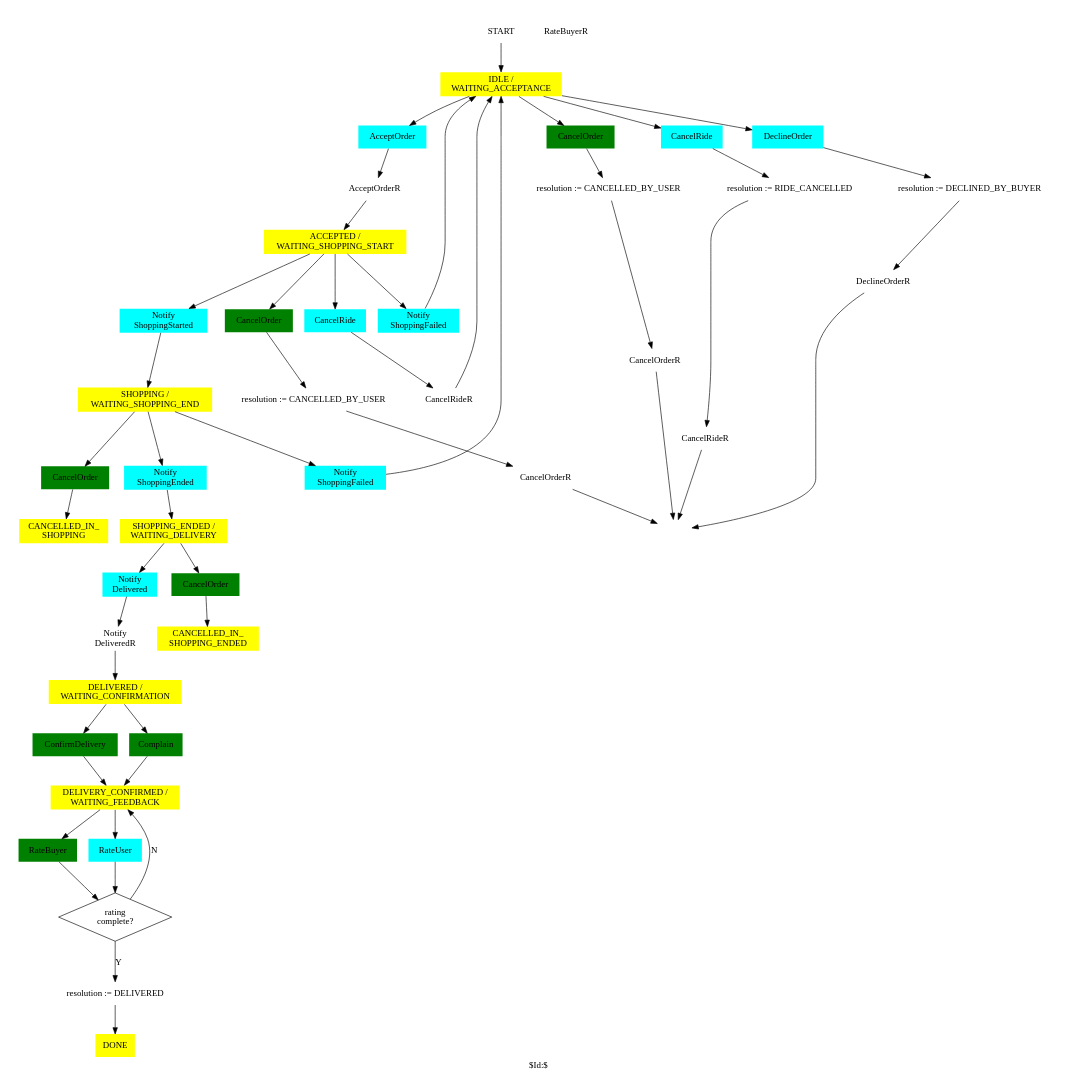
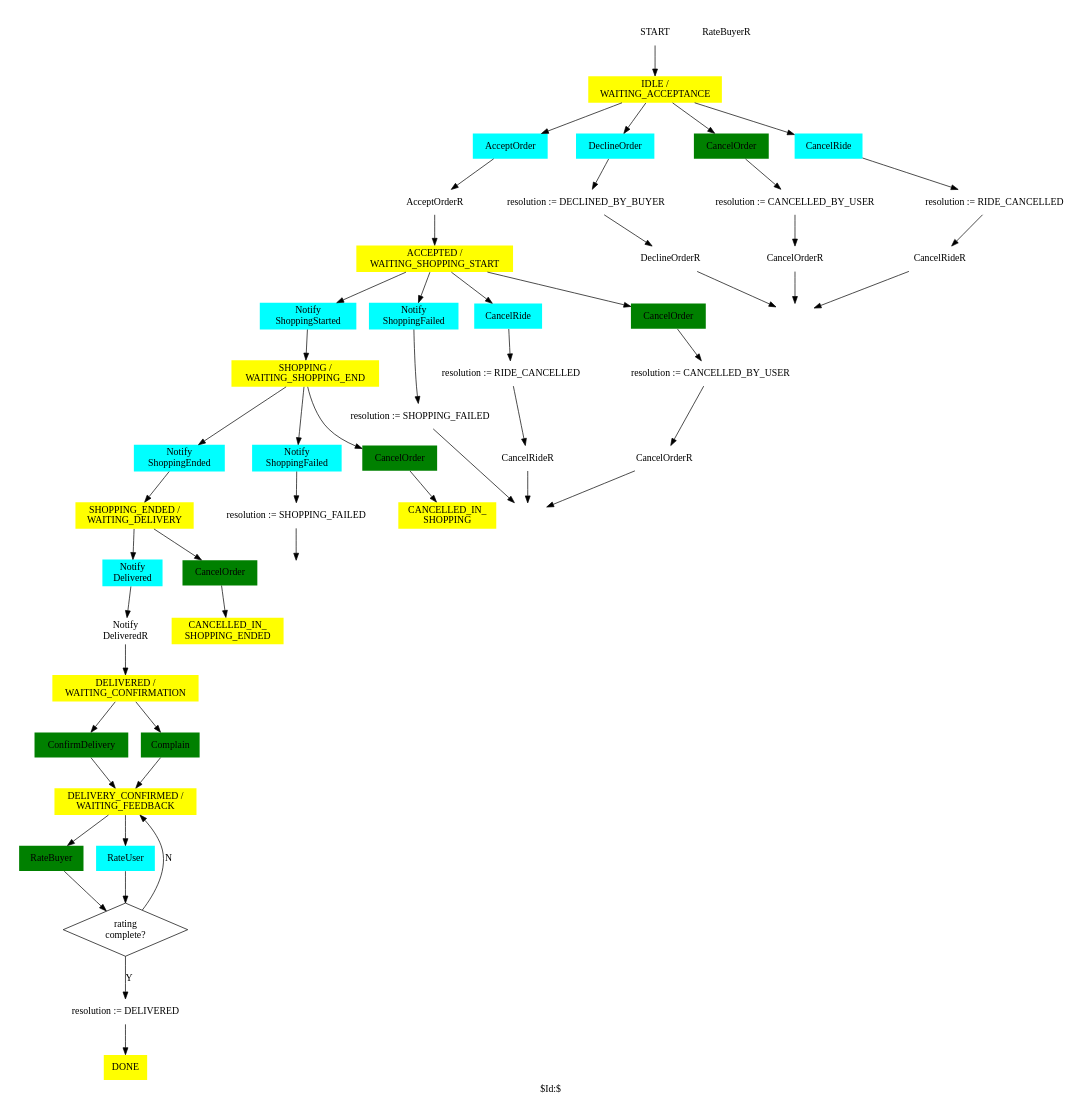
One commit to trodevel/lieferbay_protocol changed the diagram in docs/Order.gv. Above: the diagram before and after it, drawn with Graphviz.

Commit message:
DOC: intermediate results

```diff
--- a/docs/Order.gv
+++ b/docs/Order.gv
@@ -1,126 +1,129 @@
 # Order FSM.
 #
 # Copyright (C) 2019 Sergey Kolevatov
 #
 # This program is free software: you can redistribute it and/or modify
 # it under the terms of the GNU General Public License as published by
 # the Free Software Foundation, either version 3 of the License, or
 # (at your option) any later version.
 #
 # This program is distributed in the hope that it will be useful,
 # but WITHOUT ANY WARRANTY; without even the implied warranty of
 # MERCHANTABILITY or FITNESS FOR A PARTICULAR PURPOSE. See the
 # GNU General Public License for more details.
 #
 # You should have received a copy of the GNU General Public License
 # along with this program. If not, see <http://www.gnu.org/licenses/>.
 #
 # SKV 19a31
 #
 # $Id:$
 #
 # execute: FL=Order; dot -l sdl.ps -Tps $FL.gv -o $FL.ps; ps2pdf $FL.ps $FL.pdf
 
 digraph Order
 {
 
 label="$Id:$";
 
 size="7,7";
 ratio=fill;
 splines=true;
 node [peripheries=0 style=filled fillcolor=white]
 
 ######################################################
 # states
 
 START                           [ shape = sdl_start ]
 WAITING_ACCEPTANCE              [ label = "IDLE /\nWAITING_ACCEPTANCE"            shape = sdl_state fillcolor=yellow ]
 ACCEPTED_WAITING_SHOPPING_START [ label = "ACCEPTED /\nWAITING_SHOPPING_START"    shape = sdl_state fillcolor=yellow ]
 SHOPPING_WAITING_SHOPPING_END   [ label = "SHOPPING /\nWAITING_SHOPPING_END"      shape = sdl_state fillcolor=yellow ]
 CANCELLED_IN_SHOPPING           [ label = "CANCELLED_IN_\nSHOPPING"               shape = sdl_state fillcolor=yellow ]
 SHOPPING_ENDED_WAITING_DELIVERY [ label = "SHOPPING_ENDED /\nWAITING_DELIVERY"    shape = sdl_state fillcolor=yellow ]
 CANCELLED_IN_SHOPPING_ENDED     [ label = "CANCELLED_IN_\nSHOPPING_ENDED"         shape = sdl_state fillcolor=yellow ]
 DELIVERED_WAITING_CONFIRMATION  [ label = "DELIVERED /\nWAITING_CONFIRMATION"     shape = sdl_state fillcolor=yellow ]
 DELIVERY_CONFIRMED_WAITING_FEEDBACK      [ label = "DELIVERY_CONFIRMED /\nWAITING_FEEDBACK"         shape = sdl_state fillcolor=yellow ]
 END                             [ label = ""                              shape = sdl_stop  style=solid ]
 DONE                            [ label = "DONE"                                  shape = sdl_state fillcolor=yellow ]
 
 ######################################################
 # actions
 
 WAITING_ACCEPTANCE__ACCEPT_ORDER            [ label="AcceptOrder"                       shape = sdl_input_from_right fillcolor=cyan ]
 WAITING_ACCEPTANCE__SEND_ACCEPT_ORDER       [ label="AcceptOrderR"                      shape = sdl_output_to_right ]
 WAITING_ACCEPTANCE__DECLINE_ORDER           [ label="DeclineOrder"                      shape = sdl_input_from_right fillcolor=cyan ]
 WAITING_ACCEPTANCE__SEND_DECLINE_ORDER      [ label="DeclineOrderR"                     shape = sdl_output_to_right ]
 WAITING_ACCEPTANCE__CANCEL_ORDER            [ label="CancelOrder"                       shape = sdl_input_from_left  fillcolor=green ]
 WAITING_ACCEPTANCE__SEND_CANCEL_ORDER       [ label="CancelOrderR"                      shape = sdl_output_to_left ]
 WAITING_ACCEPTANCE__CANCEL_RIDE             [ label="CancelRide"                        shape = sdl_input_from_right fillcolor=cyan ]
 WAITING_ACCEPTANCE__SEND_CANCEL_RIDE        [ label="CancelRideR"                       shape = sdl_output_to_right ]
 WAITING_ACCEPTANCE__RESOL_1                 [ label="resolution := CANCELLED_BY_USER"   shape = sdl_task ]
 WAITING_ACCEPTANCE__RESOL_2                 [ label="resolution := DECLINED_BY_BUYER" shape = sdl_task ]
 WAITING_ACCEPTANCE__RESOL_3                 [ label="resolution := RIDE_CANCELLED"      shape = sdl_task ]
 
 ACCEPTED_WAITING_SHOPPING_START__SHOPPING_STARTED [ label="Notify\nShoppingStarted"           shape = sdl_input_from_right fillcolor=cyan ]
 ACCEPTED_WAITING_SHOPPING_START__SHOPPING_FAILED  [ label="Notify\nShoppingFailed"            shape = sdl_input_from_right fillcolor=cyan ]
 ACCEPTED_WAITING_SHOPPING_START__CANCEL_RIDE      [ label="CancelRide"                        shape = sdl_input_from_right fillcolor=cyan ]
 ACCEPTED_WAITING_SHOPPING_START__SEND_CANCEL_RIDE [ label="CancelRideR"                       shape = sdl_output_to_right ]
 ACCEPTED_WAITING_SHOPPING_START__CANCEL_ORDER     [ label="CancelOrder"                       shape = sdl_input_from_left  fillcolor=green ]
 ACCEPTED_WAITING_SHOPPING_START__SEND_CANCEL_ORDER    [ label="CancelOrderR"                  shape = sdl_output_to_left ]
 #ACCEPTED_WAITING_SHOPPING_START__CANCEL_ORDER_2   [ label="CancelOrder"                       shape = sdl_input_from_right fillcolor=cyan ]
 #ACCEPTED_WAITING_SHOPPING_START__SEND_CANCEL_ORDER_2  [ label="CancelOrderR"                  shape = sdl_output_to_right ]
-#ACCEPTED_WAITING_SHOPPING_START__RESOL_1          [ label="resolution := RIDE_CANCELLED"      shape = sdl_task ]
+ACCEPTED_WAITING_SHOPPING_START__RESOL_1          [ label="resolution := RIDE_CANCELLED"      shape = sdl_task ]
 ACCEPTED_WAITING_SHOPPING_START__RESOL_2          [ label="resolution := CANCELLED_BY_USER"   shape = sdl_task ]
-#ACCEPTED_WAITING_SHOPPING_START__RESOL_3          [ label="resolution := CANCELLED_BY_BUYER" shape = sdl_task ]
+ACCEPTED_WAITING_SHOPPING_START__RESOL_3          [ label="resolution := SHOPPING_FAILED"     shape = sdl_task ]
+ACCEPTED_WAITING_SHOPPING_START__END              [ label = ""                                shape = sdl_stop  style=solid ]
 
 
 SHOPPING_WAITING_SHOPPING_END__SHOPPING_ENDED     [ label="Notify\nShoppingEnded"             shape = sdl_input_from_right fillcolor=cyan ]
 SHOPPING_WAITING_SHOPPING_END__SHOPPING_FAILED    [ label="Notify\nShoppingFailed"            shape = sdl_input_from_right fillcolor=cyan ]
 SHOPPING_WAITING_SHOPPING_END__CANCEL_ORDER       [ label="CancelOrder"                       shape = sdl_input_from_left  fillcolor=green ]
+SHOPPING_WAITING_SHOPPING_END__RESOL_3            [ label="resolution := SHOPPING_FAILED"     shape = sdl_task ]
+SHOPPING_WAITING_SHOPPING_END__END                [ label = ""                                shape = sdl_stop  style=solid ]
 
 SHOPPING_ENDED_WAITING_DELIVERY__DELIVERED        [ label="Notify\nDelivered"                 shape = sdl_input_from_right fillcolor=cyan ]
 SHOPPING_ENDED_WAITING_DELIVERY__CANCEL_ORDER     [ label="CancelOrder"                       shape = sdl_input_from_left  fillcolor=green ]
 SHOPPING_ENDED_WAITING_DELIVERY__SEND_DELIVERED   [ label="Notify\nDeliveredR"                shape = sdl_output_to_right ]
 
 DELIVERED_WAITING_CONFIRMATION__CONFIRM           [ label="ConfirmDelivery"                   shape = sdl_input_from_left  fillcolor=green ]
 DELIVERED_WAITING_CONFIRMATION__COMPLAIN          [ label="Complain"                          shape = sdl_input_from_left  fillcolor=green ]
 
 DELIVERY_CONFIRMED_WAITING_FEEDBACK__RATE_BUYER    [ label="RateBuyer"                        shape = sdl_input_from_left  fillcolor=green ]
 DELIVERY_CONFIRMED_WAITING_FEEDBACK__SEND_RATE_BUYER    [ label="RateBuyerR"                  shape = sdl_output_to_left ]
 DELIVERY_CONFIRMED_WAITING_FEEDBACK__RATE_USER     [ label="RateUser"                         shape = sdl_input_from_right fillcolor=cyan ]
 DELIVERY_CONFIRMED_WAITING_FEEDBACK__RATING_COMPLETE [ label="rating\ncomplete?"              shape = diamond peripheries=1]
 DELIVERY_CONFIRMED_WAITING_FEEDBACK__RESOL_1         [ label="resolution := DELIVERED"        shape = sdl_task ]
 
 ######################################################
 # transitions
 
 START -> WAITING_ACCEPTANCE
 
 WAITING_ACCEPTANCE -> WAITING_ACCEPTANCE__ACCEPT_ORDER   -> WAITING_ACCEPTANCE__SEND_ACCEPT_ORDER -> ACCEPTED_WAITING_SHOPPING_START
 WAITING_ACCEPTANCE -> WAITING_ACCEPTANCE__CANCEL_ORDER   -> WAITING_ACCEPTANCE__RESOL_1 -> WAITING_ACCEPTANCE__SEND_CANCEL_ORDER  -> END
 WAITING_ACCEPTANCE -> WAITING_ACCEPTANCE__DECLINE_ORDER  -> WAITING_ACCEPTANCE__RESOL_2 -> WAITING_ACCEPTANCE__SEND_DECLINE_ORDER -> END
 WAITING_ACCEPTANCE -> WAITING_ACCEPTANCE__CANCEL_RIDE    -> WAITING_ACCEPTANCE__RESOL_3 -> WAITING_ACCEPTANCE__SEND_CANCEL_RIDE   -> END
 
-ACCEPTED_WAITING_SHOPPING_START -> ACCEPTED_WAITING_SHOPPING_START__CANCEL_RIDE    -> ACCEPTED_WAITING_SHOPPING_START__SEND_CANCEL_RIDE    -> WAITING_ACCEPTANCE
-ACCEPTED_WAITING_SHOPPING_START -> ACCEPTED_WAITING_SHOPPING_START__CANCEL_ORDER   -> ACCEPTED_WAITING_SHOPPING_START__RESOL_2 -> ACCEPTED_WAITING_SHOPPING_START__SEND_CANCEL_ORDER   -> END
+ACCEPTED_WAITING_SHOPPING_START -> ACCEPTED_WAITING_SHOPPING_START__CANCEL_RIDE    -> ACCEPTED_WAITING_SHOPPING_START__RESOL_1 -> ACCEPTED_WAITING_SHOPPING_START__SEND_CANCEL_RIDE    -> ACCEPTED_WAITING_SHOPPING_START__END
+ACCEPTED_WAITING_SHOPPING_START -> ACCEPTED_WAITING_SHOPPING_START__CANCEL_ORDER   -> ACCEPTED_WAITING_SHOPPING_START__RESOL_2 -> ACCEPTED_WAITING_SHOPPING_START__SEND_CANCEL_ORDER   -> ACCEPTED_WAITING_SHOPPING_START__END
 
 ACCEPTED_WAITING_SHOPPING_START -> ACCEPTED_WAITING_SHOPPING_START__SHOPPING_STARTED -> SHOPPING_WAITING_SHOPPING_END
-ACCEPTED_WAITING_SHOPPING_START -> ACCEPTED_WAITING_SHOPPING_START__SHOPPING_FAILED      -> WAITING_ACCEPTANCE
+ACCEPTED_WAITING_SHOPPING_START -> ACCEPTED_WAITING_SHOPPING_START__SHOPPING_FAILED  -> ACCEPTED_WAITING_SHOPPING_START__RESOL_3 -> ACCEPTED_WAITING_SHOPPING_START__END
 
 SHOPPING_WAITING_SHOPPING_END -> SHOPPING_WAITING_SHOPPING_END__SHOPPING_ENDED  -> SHOPPING_ENDED_WAITING_DELIVERY
-SHOPPING_WAITING_SHOPPING_END -> SHOPPING_WAITING_SHOPPING_END__SHOPPING_FAILED -> WAITING_ACCEPTANCE
+SHOPPING_WAITING_SHOPPING_END -> SHOPPING_WAITING_SHOPPING_END__SHOPPING_FAILED -> SHOPPING_WAITING_SHOPPING_END__RESOL_3 -> SHOPPING_WAITING_SHOPPING_END__END
 SHOPPING_WAITING_SHOPPING_END -> SHOPPING_WAITING_SHOPPING_END__CANCEL_ORDER    -> CANCELLED_IN_SHOPPING
 
 SHOPPING_ENDED_WAITING_DELIVERY -> SHOPPING_ENDED_WAITING_DELIVERY__DELIVERED      -> SHOPPING_ENDED_WAITING_DELIVERY__SEND_DELIVERED -> DELIVERED_WAITING_CONFIRMATION
 SHOPPING_ENDED_WAITING_DELIVERY -> SHOPPING_ENDED_WAITING_DELIVERY__CANCEL_ORDER   -> CANCELLED_IN_SHOPPING_ENDED
 
 DELIVERED_WAITING_CONFIRMATION -> DELIVERED_WAITING_CONFIRMATION__CONFIRM  -> DELIVERY_CONFIRMED_WAITING_FEEDBACK
 DELIVERED_WAITING_CONFIRMATION -> DELIVERED_WAITING_CONFIRMATION__COMPLAIN -> DELIVERY_CONFIRMED_WAITING_FEEDBACK
 
 DELIVERY_CONFIRMED_WAITING_FEEDBACK -> DELIVERY_CONFIRMED_WAITING_FEEDBACK__RATE_BUYER -> DELIVERY_CONFIRMED_WAITING_FEEDBACK__RATING_COMPLETE
 DELIVERY_CONFIRMED_WAITING_FEEDBACK -> DELIVERY_CONFIRMED_WAITING_FEEDBACK__RATE_USER  -> DELIVERY_CONFIRMED_WAITING_FEEDBACK__RATING_COMPLETE
                                                                                           DELIVERY_CONFIRMED_WAITING_FEEDBACK__RATING_COMPLETE -> DELIVERY_CONFIRMED_WAITING_FEEDBACK__RESOL_1 [ label="Y" ]
                                                                                                                                                   DELIVERY_CONFIRMED_WAITING_FEEDBACK__RESOL_1 -> DONE
                                                                                           DELIVERY_CONFIRMED_WAITING_FEEDBACK__RATING_COMPLETE -> DELIVERY_CONFIRMED_WAITING_FEEDBACK          [ label="N" ]
 
 }
```
